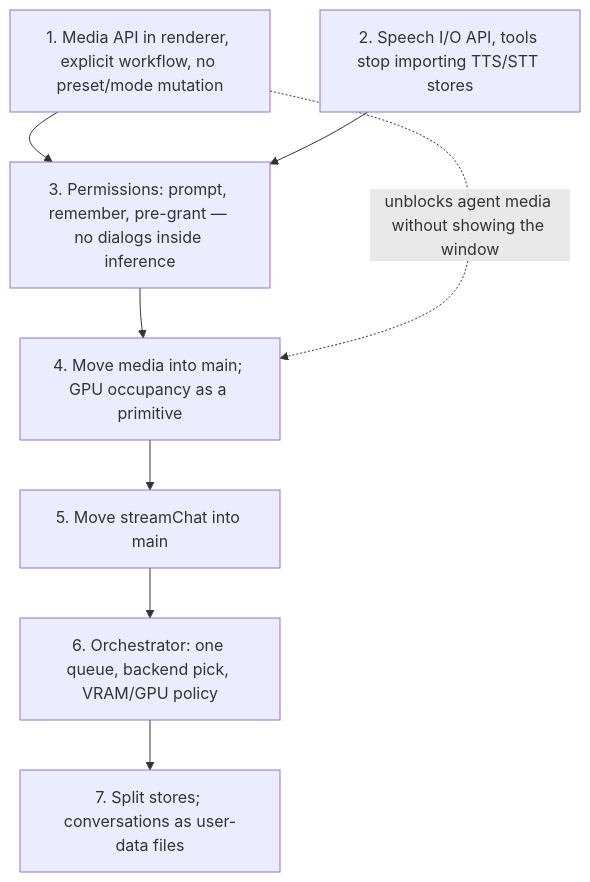
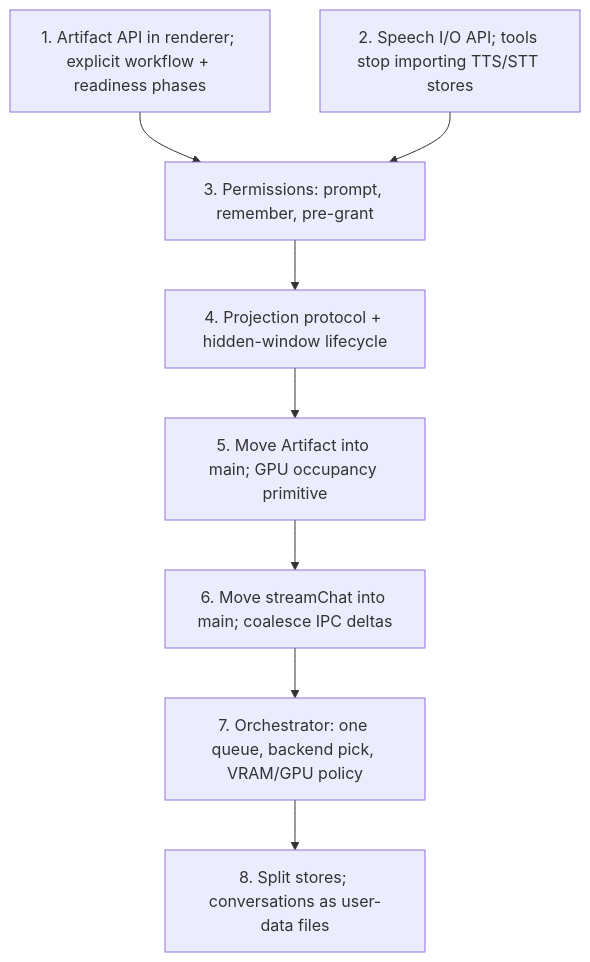
Before and after one commit to TNG/AI-Playground: the sixth of 6 diagrams in docs/architecture-target.md, drawn with Mermaid. The commit also changed other lines of this file and 1 other file, not shown here.

Commit message:
docs: close target architecture review gaps

````diff
--- a/docs/architecture-target.md
+++ b/docs/architecture-target.md
@@ -661,18 +775,19 @@
 ```mermaid
 flowchart TD
-  s1["1. Media API in renderer, explicit workflow, no preset/mode mutation"]
-  s2["2. Speech I/O API, tools stop importing TTS/STT stores"]
-  s3["3. Permissions: prompt, remember, pre-grant — no dialogs inside inference"]
-  s4["4. Move media into main; GPU occupancy as a primitive"]
-  s5["5. Move streamChat into main"]
-  s6["6. Orchestrator: one queue, backend pick, VRAM/GPU policy"]
-  s7["7. Split stores; conversations as user-data files"]
+  s1["1. Artifact API in renderer; explicit workflow + readiness phases"]
+  s2["2. Speech I/O API; tools stop importing TTS/STT stores"]
+  s3["3. Permissions: prompt, remember, pre-grant"]
+  s4["4. Projection protocol + hidden-window lifecycle"]
+  s5["5. Move Artifact into main; GPU occupancy primitive"]
+  s6["6. Move streamChat into main; coalesce IPC deltas"]
+  s7["7. Orchestrator: one queue, backend pick, VRAM/GPU policy"]
+  s8["8. Split stores; conversations as user-data files"]
 
   s1 --> s3
   s2 --> s3
   s3 --> s4
   s4 --> s5
   s5 --> s6
   s6 --> s7
-  s1 -.->|"unblocks agent media without showing the window"| s4
+  s7 --> s8
 ```
````
